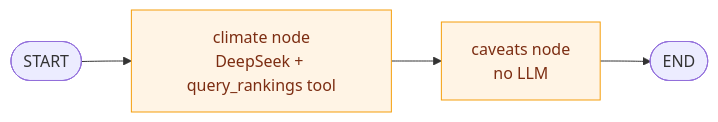
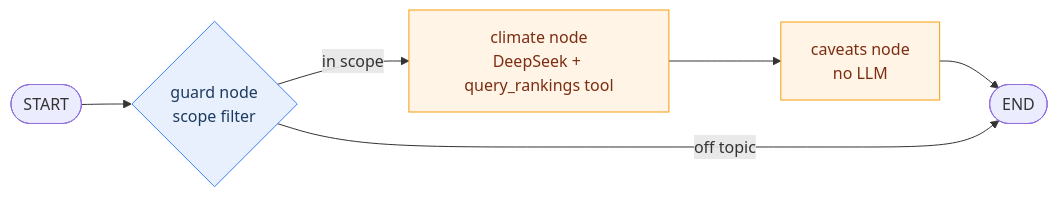
The first of 2 diagrams in README.md (afiodorov/climate-agent), drawn with Mermaid before and after one commit. The commit also changed other lines of this file and 10 other files, not shown here.

First line of the commit message:
climate_agent: a scope filter node, with a promptfoo eval

````diff
--- a/README.md
+++ b/README.md
@@ -27,12 +30,17 @@
 ```mermaid
 flowchart LR
     ST(["START"])
+    GD{"guard node<br/>scope filter"}
     CL["climate node<br/>DeepSeek + query_rankings tool"]
     CV["caveats node<br/>no LLM"]
     EN(["END"])
 
-    ST --> CL --> CV --> EN
+    ST --> GD
+    GD -- in scope --> CL --> CV --> EN
+    GD -- off topic --> EN
 
     classDef nd fill:#fff4e5,stroke:#f59e0b,color:#7c2d12
+    classDef gd fill:#e8f0fe,stroke:#3b82f6,color:#1e3a5f
     class CL,CV nd
+    class GD gd
 ```
````
